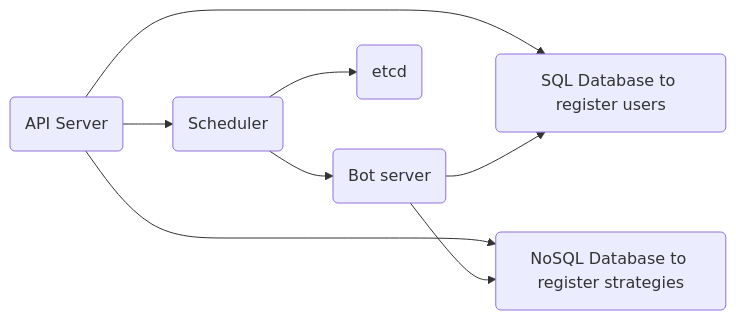
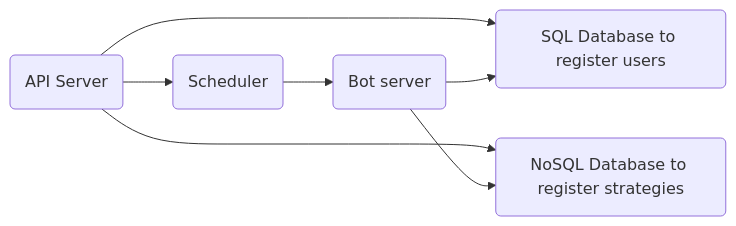
One commit to timothy-leong/alphalove changed the diagram in README.md. Above: the diagram before and after it, drawn with Mermaid. The commit also changed other lines of this file and 6 other files, not shown here.

````diff
--- a/README.md
+++ b/README.md
@@ -9,14 +9,12 @@
 ```mermaid
 
     graph LR;
     B(API Server) --> D1(SQL Database to register users)
     B --> D2(NoSQL Database to register strategies)
     C(Bot server)
     D(Scheduler)
     B --> D
     D --> C
     C --> D1
     C --> D2
-    E(etcd)
-    D-->E
 ```
````
